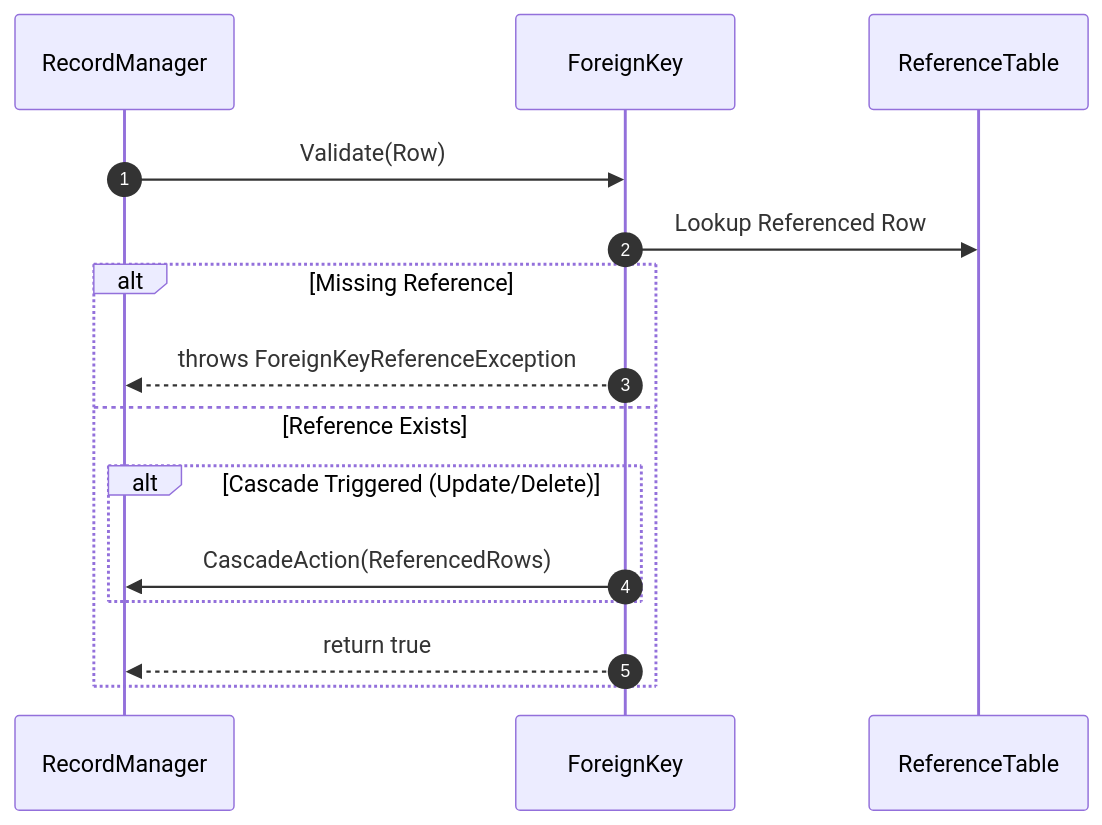
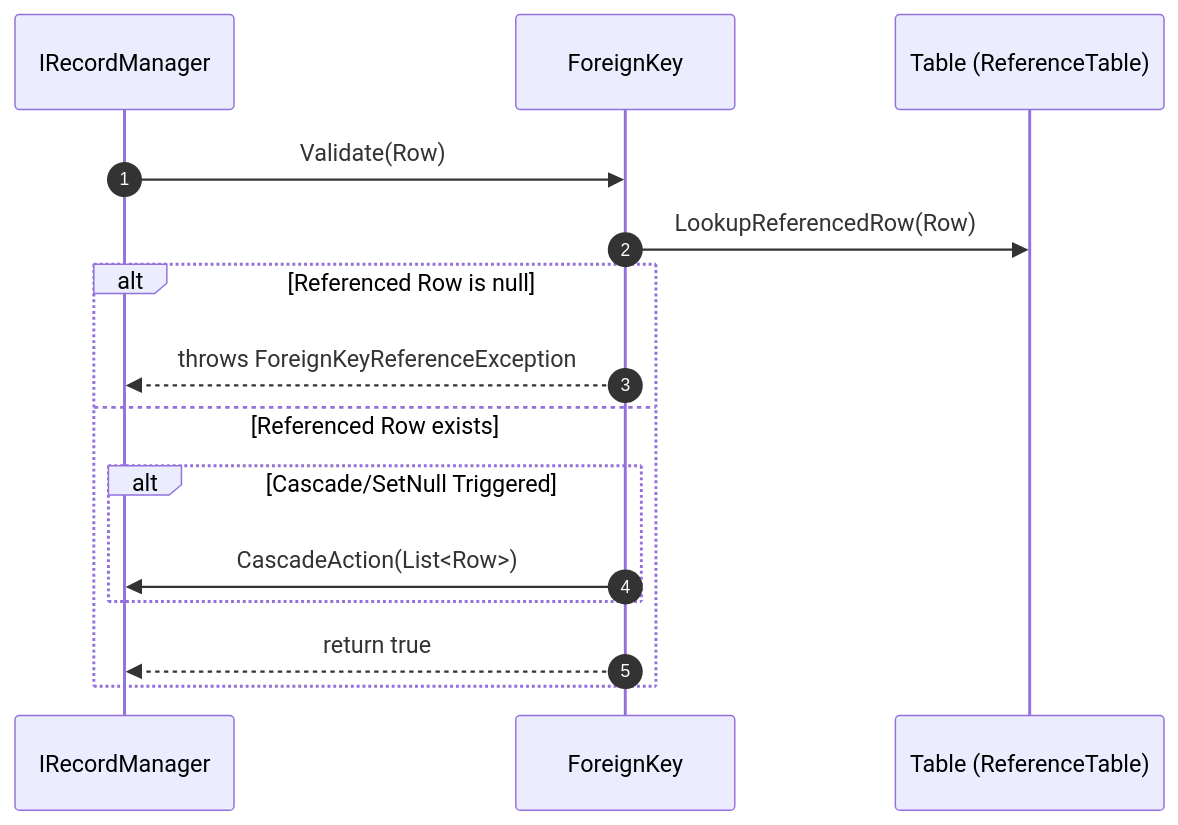
Before and after one commit to Hagiakhanh/bbv-dbms: diagram 16 of 53 in docs/sequence-diagrams/README.md, drawn with Mermaid. The commit also changed other lines of this file and 5 other files, not shown here.

````diff
--- a/docs/sequence-diagrams/README.md
+++ b/docs/sequence-diagrams/README.md
@@ -638,18 +635,18 @@
 ```mermaid
 sequenceDiagram
     autonumber
-    participant RecordMgr as RecordManager
+    participant RecordMgr as IRecordManager
     participant Constr as ForeignKey
-    participant RefTbl as ReferenceTable
+    participant RefTbl as Table (ReferenceTable)
     
     RecordMgr->>Constr: Validate(Row)
-    Constr->>RefTbl: Lookup Referenced Row
-    alt Missing Reference
+    Constr->>RefTbl: LookupReferencedRow(Row)
+    alt Referenced Row is null
         Constr-->>RecordMgr: throws ForeignKeyReferenceException
-    else Reference Exists
-        alt Cascade Triggered (Update/Delete)
-            Constr->>RecordMgr: CascadeAction(ReferencedRows)
+    else Referenced Row exists
+        alt Cascade/SetNull Triggered
+            Constr->>RecordMgr: CascadeAction(List<Row>)
         end
         Constr-->>RecordMgr: return true
     end
 ```
````
